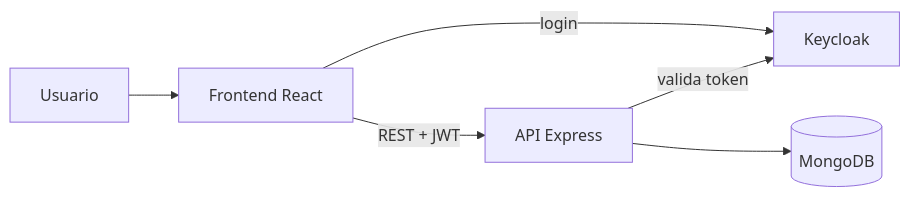
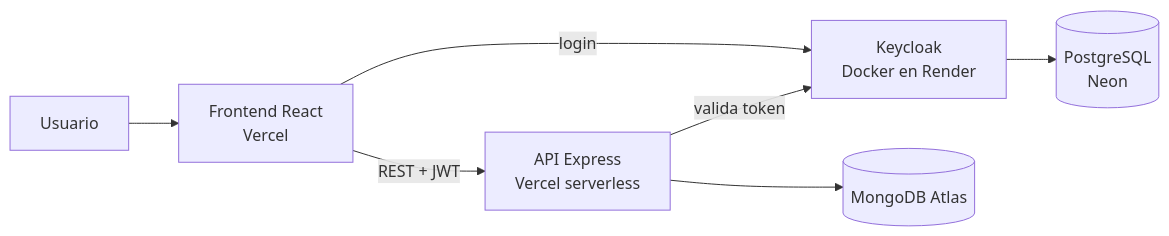
The diagram in README.md (mSpadoni/tienda_sol_ecomerce), drawn with Mermaid before and after one commit. The commit also changed other lines of this file and 3 other files, not shown here.

````diff
--- a/README.md
+++ b/README.md
@@ -30,8 +51,9 @@
 ```mermaid
 flowchart LR
-  U[Usuario] --> F[Frontend React]
-  F -- login --> K[Keycloak]
-  F -- REST + JWT --> B[API Express]
+  U[Usuario] --> F[Frontend React<br/>Vercel]
+  F -- login --> K[Keycloak<br/>Docker en Render]
+  F -- REST + JWT --> B[API Express<br/>Vercel serverless]
   B -- valida token --> K
-  B --> M[(MongoDB)]
+  B --> M[(MongoDB Atlas)]
+  K --> P[(PostgreSQL<br/>Neon)]
 ```
````
